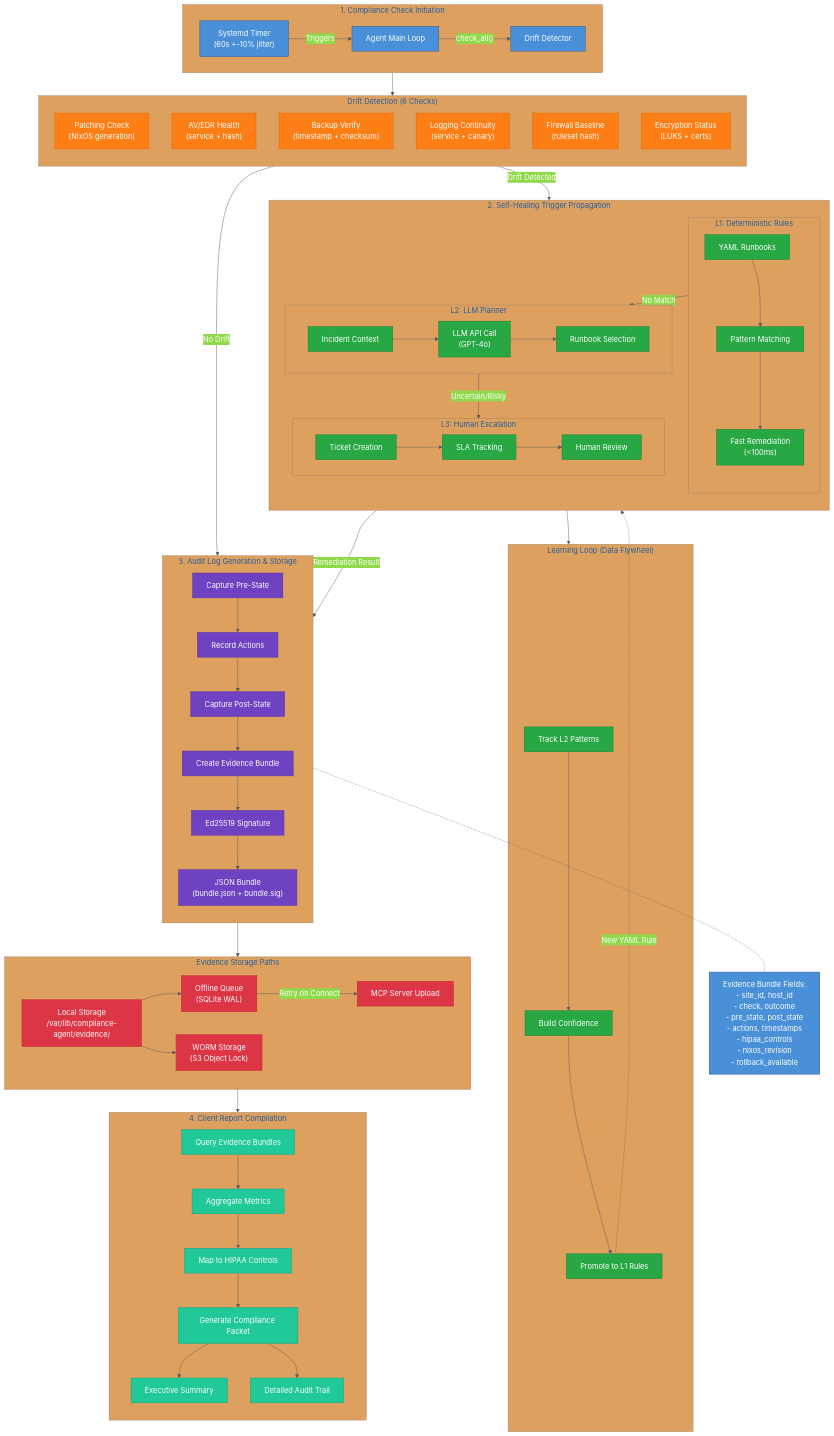
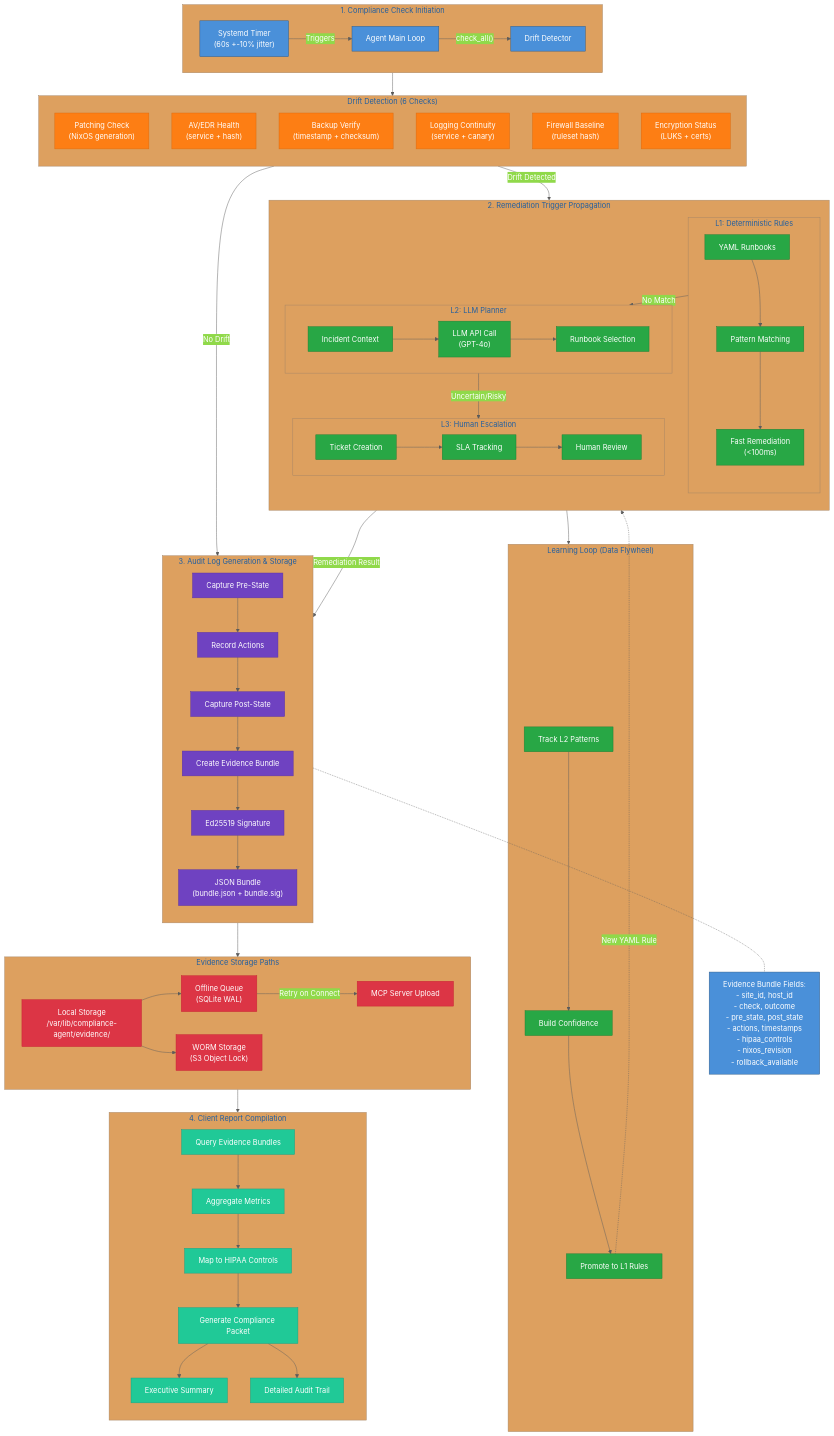
The diagram in docs/diagrams/data-flow.mermaid (jbouey/msp-flake), drawn with Mermaid before and after one commit. The commit also changed 37 other files, not shown here.

```diff
--- a/docs/diagrams/data-flow.mermaid
+++ b/docs/diagrams/data-flow.mermaid
@@ -1,131 +1,131 @@
 %%{init: {'theme': 'base', 'themeVariables': { 'primaryColor': '#4a90d9', 'primaryTextColor': '#fff', 'primaryBorderColor': '#2d5986', 'lineColor': '#5c5c5c'}}}%%
 flowchart TB
     subgraph ComplianceChecks["1. Compliance Check Initiation"]
         direction LR
         Timer["Systemd Timer<br/>(60s +-10% jitter)"]
         AgentLoop["Agent Main Loop"]
         DriftDetector["Drift Detector"]
 
         Timer -->|"Triggers"| AgentLoop
         AgentLoop -->|"check_all()"| DriftDetector
     end
 
     subgraph DriftChecks["Drift Detection (6 Checks)"]
         direction TB
         Patching["Patching Check<br/>(NixOS generation)"]
         AVEDR["AV/EDR Health<br/>(service + hash)"]
         Backup["Backup Verify<br/>(timestamp + checksum)"]
         Logging["Logging Continuity<br/>(service + canary)"]
         Firewall["Firewall Baseline<br/>(ruleset hash)"]
         Encrypt["Encryption Status<br/>(LUKS + certs)"]
     end
 
-    subgraph ThreeTierHealing["2. Self-Healing Trigger Propagation"]
+    subgraph ThreeTierHealing["2. Remediation Trigger Propagation"]
         direction TB
 
         subgraph L1["L1: Deterministic Rules"]
             YAML["YAML Runbooks"]
             PatternMatch["Pattern Matching"]
             FastRemediate["Fast Remediation<br/>(<100ms)"]
             YAML --> PatternMatch --> FastRemediate
         end
 
         subgraph L2["L2: LLM Planner"]
             IncidentContext["Incident Context"]
             LLMCall["LLM API Call<br/>(GPT-4o)"]
             RunbookSelect["Runbook Selection"]
             IncidentContext --> LLMCall --> RunbookSelect
         end
 
         subgraph L3["L3: Human Escalation"]
             TicketCreate["Ticket Creation"]
             SLATrack["SLA Tracking"]
             HumanReview["Human Review"]
             TicketCreate --> SLATrack --> HumanReview
         end
 
         L1 -->|"No Match"| L2
         L2 -->|"Uncertain/Risky"| L3
     end
 
     subgraph DataFlywheel["Learning Loop (Data Flywheel)"]
         PatternTrack["Track L2 Patterns"]
         ConfidenceScore["Build Confidence"]
         PromoteL1["Promote to L1 Rules"]
 
         PatternTrack --> ConfidenceScore --> PromoteL1
         PromoteL1 -.->|"New YAML Rule"| YAML
     end
 
     subgraph EvidenceGeneration["3. Audit Log Generation & Storage"]
         direction TB
         PreState["Capture Pre-State"]
         Actions["Record Actions"]
         PostState["Capture Post-State"]
         BundleCreate["Create Evidence Bundle"]
         Ed25519Sign["Ed25519 Signature"]
         JSONBundle["JSON Bundle<br/>(bundle.json + bundle.sig)"]
 
         PreState --> Actions --> PostState
         PostState --> BundleCreate
         BundleCreate --> Ed25519Sign --> JSONBundle
     end
 
     subgraph EvidenceStorage["Evidence Storage Paths"]
         direction LR
         LocalStore["Local Storage<br/>/var/lib/compliance-agent/evidence/"]
         OfflineQueue["Offline Queue<br/>(SQLite WAL)"]
         MCPUpload["MCP Server Upload"]
         WORMUpload["WORM Storage<br/>(S3 Object Lock)"]
 
         LocalStore --> OfflineQueue
         OfflineQueue -->|"Retry on Connect"| MCPUpload
         LocalStore --> WORMUpload
     end
 
     subgraph ReportCompilation["4. Client Report Compilation"]
         direction TB
         QueryEvidence["Query Evidence Bundles"]
         AggregateMetrics["Aggregate Metrics"]
         HIPAAMapping["Map to HIPAA Controls"]
         CompliancePacket["Generate Compliance Packet"]
         ExecutiveReport["Executive Summary"]
         DetailedAudit["Detailed Audit Trail"]
 
         QueryEvidence --> AggregateMetrics
         AggregateMetrics --> HIPAAMapping
         HIPAAMapping --> CompliancePacket
         CompliancePacket --> ExecutiveReport
         CompliancePacket --> DetailedAudit
     end
 
     %% Main flow connections
     DriftDetector --> DriftChecks
     DriftChecks -->|"Drift Detected"| ThreeTierHealing
     ThreeTierHealing --> DataFlywheel
     ThreeTierHealing -->|"Remediation Result"| EvidenceGeneration
     EvidenceGeneration --> EvidenceStorage
     EvidenceStorage --> ReportCompilation
 
     %% No drift path
     DriftChecks -->|"No Drift"| EvidenceGeneration
 
     %% Evidence bundle fields annotation
     BundleFields["Evidence Bundle Fields:<br/>- site_id, host_id<br/>- check, outcome<br/>- pre_state, post_state<br/>- actions, timestamps<br/>- hipaa_controls<br/>- nixos_revision<br/>- rollback_available"]
 
     JSONBundle -.- BundleFields
 
     %% Styling
     classDef initiation fill:#4a90d9,stroke:#2d5986,color:#fff
     classDef detection fill:#fd7e14,stroke:#dc6a0f,color:#fff
     classDef healing fill:#28a745,stroke:#1e7e34,color:#fff
     classDef evidence fill:#6f42c1,stroke:#5a32a3,color:#fff
     classDef storage fill:#dc3545,stroke:#c82333,color:#fff
     classDef reports fill:#20c997,stroke:#17a085,color:#fff
 
     class Timer,AgentLoop,DriftDetector initiation
     class Patching,AVEDR,Backup,Logging,Firewall,Encrypt detection
     class YAML,PatternMatch,FastRemediate,IncidentContext,LLMCall,RunbookSelect,TicketCreate,SLATrack,HumanReview,PatternTrack,ConfidenceScore,PromoteL1 healing
     class PreState,Actions,PostState,BundleCreate,Ed25519Sign,JSONBundle evidence
     class LocalStore,OfflineQueue,MCPUpload,WORMUpload storage
     class QueryEvidence,AggregateMetrics,HIPAAMapping,CompliancePacket,ExecutiveReport,DetailedAudit reports
```
